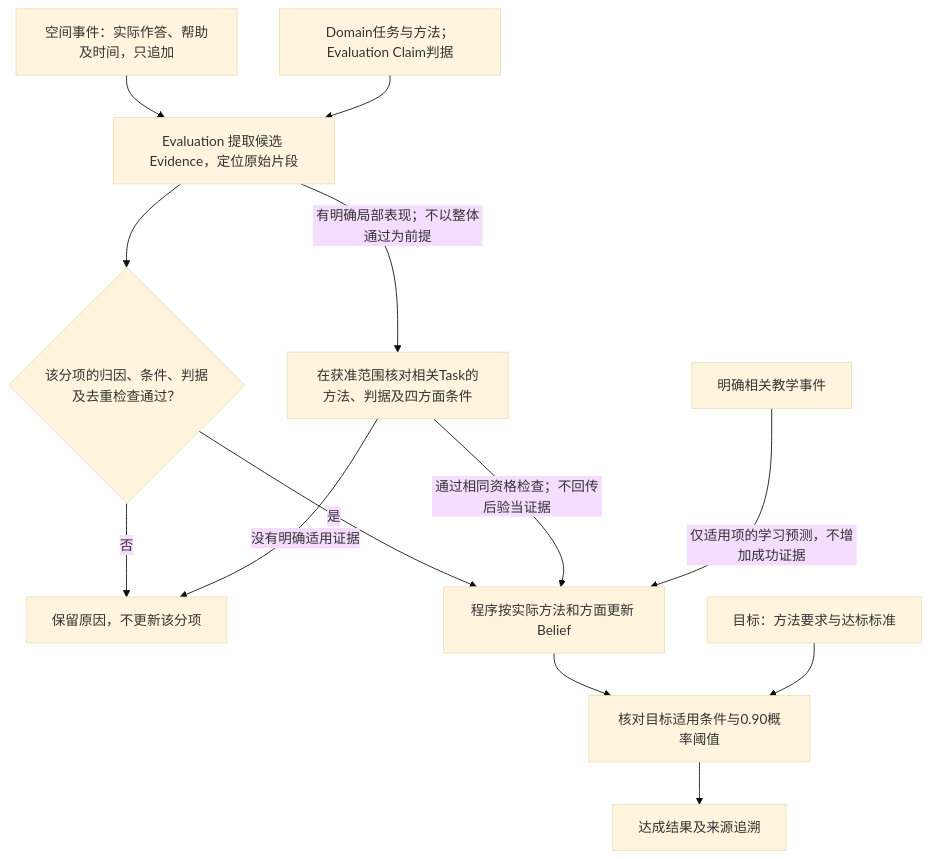
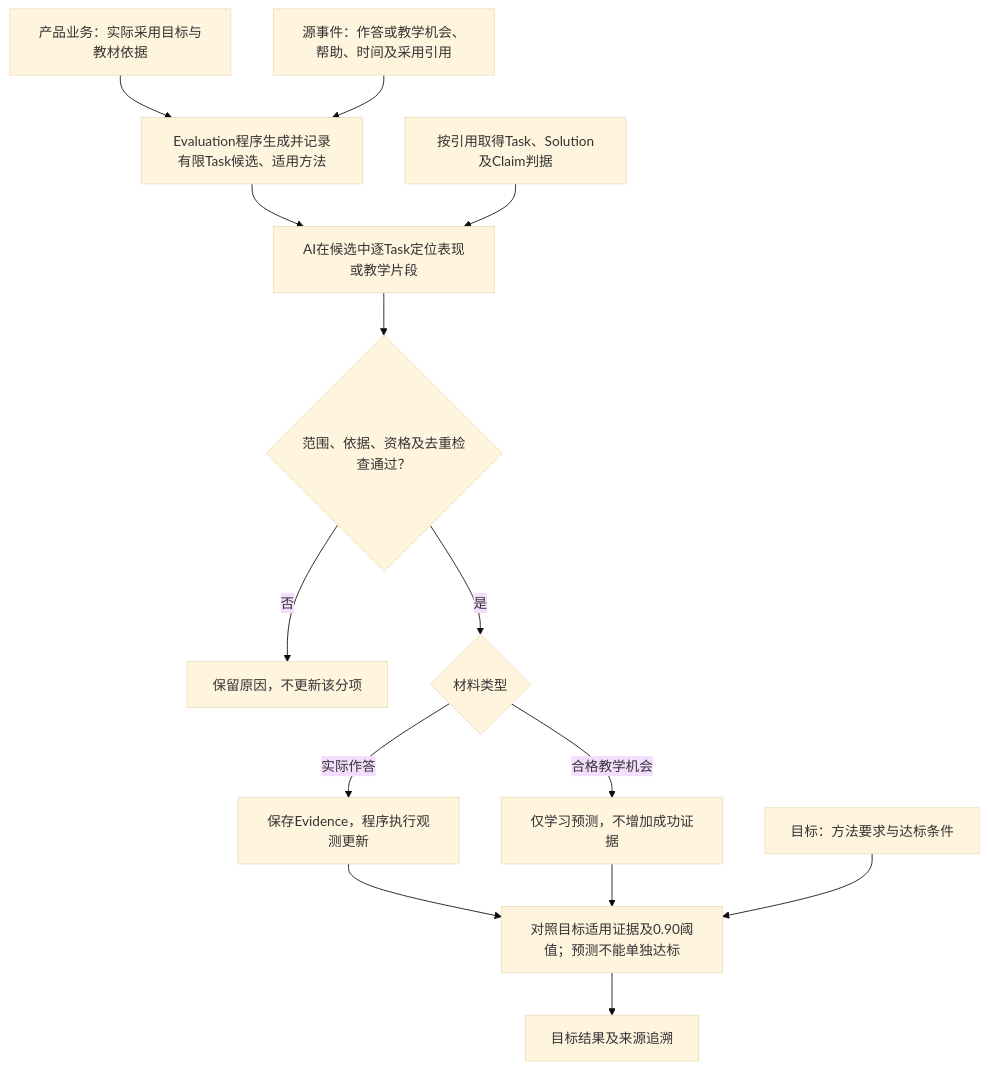
Before and after one commit to ivgotcrazy/deermind: the third of 3 diagrams in doc/mvp/m1/design/Content_and_Model_Reference.md, drawn with Mermaid (base theme). The commit also changed other lines of this file and 58 other files, not shown here.

````diff
--- a/doc/mvp/m1/design/Content_and_Model_Reference.md
+++ b/doc/mvp/m1/design/Content_and_Model_Reference.md
@@ -645,15 +651,16 @@
 ```mermaid
 flowchart TB
-    E["空间事件：实际作答、帮助及时间，只追加"] --> X["Evaluation 提取候选 Evidence，定位原始片段"]
-    D["Domain任务与方法；Evaluation Claim判据"] --> X
-    X --> C{"该分项的归因、条件、判据及去重检查通过？"}
+    P["产品业务：实际采用目标与教材依据"] --> Q["Evaluation程序生成并记录有限Task候选、适用方法"]
+    E["源事件：作答或教学机会、帮助、时间及采用引用"] --> Q
+    Q --> X["AI在候选中逐Task定位表现或教学片段"]
+    D["按引用取得Task、Solution及Claim判据"] --> X
+    X --> C{"范围、依据、资格及去重检查通过？"}
     C -->|"否"| U["保留原因，不更新该分项"]
-    C -->|"是"| B["程序按实际方法和方面更新 Belief"]
-    X -->|"有明确局部表现；不以整体通过为前提"| S["在获准范围核对相关Task的方法、判据及四方面条件"]
-    S -->|"通过相同资格检查；不回传后验当证据"| B
-    S -->|"没有明确适用证据"| U
-    L["明确相关教学事件"] -->|"仅适用项的学习预测，不增加成功证据"| B
-    B --> A["核对目标适用条件与0.90概率阈值"]
-    T["目标：方法要求与达标标准"] --> A
-    A --> R["达成结果及来源追溯"]
+    C -->|"是"| K{"材料类型"}
+    K -->|"实际作答"| O["保存Evidence，程序执行观测更新"]
+    K -->|"合格教学机会"| L["仅学习预测，不增加成功证据"]
+    O --> A["对照目标适用证据及0.90阈值；预测不能单独达标"]
+    L --> A
+    T["目标：方法要求与达标条件"] --> A
+    A --> R["目标结果及来源追溯"]
 ```
````
